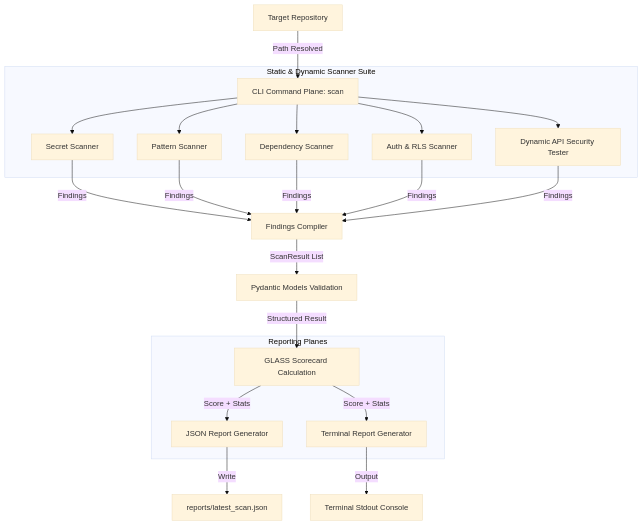
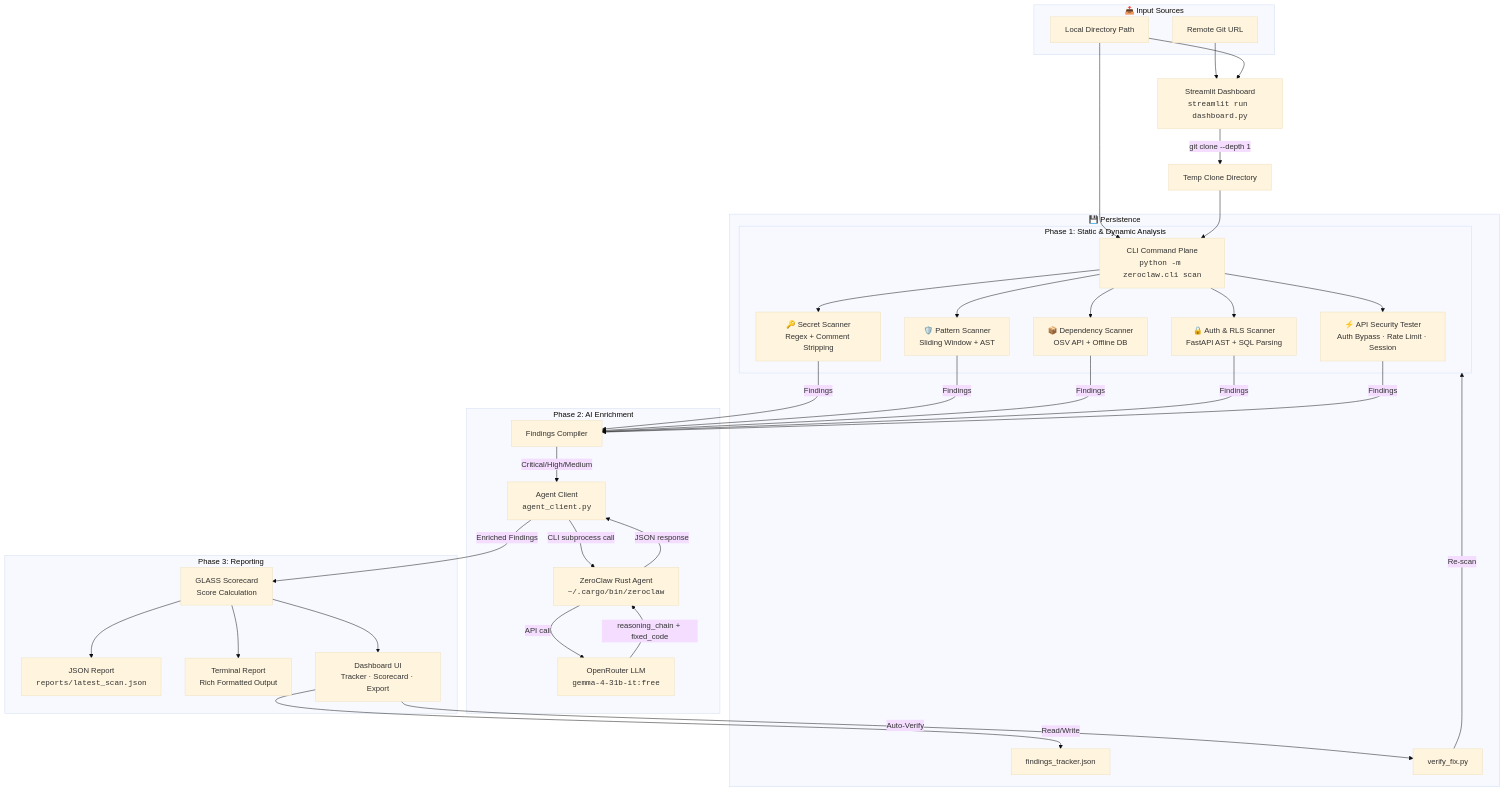
Before and after one commit to Life-Atlas/zeroclaw-scanner: the first of 2 diagrams in README.md, drawn with Mermaid (base theme). The commit also changed other lines of this file, not shown here.

````diff
--- a/README.md
+++ b/README.md
@@ -41,29 +66,48 @@
 ```mermaid
 graph TD
-    Target[Target Repository] -->|Path Resolved| CLI[CLI Command Plane: scan]
-    
-    subgraph Scanners [Static & Dynamic Scanner Suite]
-        CLI --> SecretScan[Secret Scanner]
-        CLI --> PatternScan[Pattern Scanner]
-        CLI --> DepScan[Dependency Scanner]
-        CLI --> AuthScan[Auth & RLS Scanner]
-        CLI --> APITest[Dynamic API Security Tester]
+    subgraph Input["📥 Input Sources"]
+        LocalDir["Local Directory Path"]
+        GitURL["Remote Git URL"]
     end
 
-    SecretScan -->|Findings| Compiler[Findings Compiler]
+    LocalDir --> CLI["CLI Command Plane<br/><code>python -m zeroclaw.cli scan</code>"]
+    GitURL --> Dashboard["Streamlit Dashboard<br/><code>streamlit run dashboard.py</code>"]
+    LocalDir --> Dashboard
+    Dashboard -->|"git clone --depth 1"| TempDir["Temp Clone Directory"]
+    TempDir --> CLI
+
+    subgraph Phase1["Phase 1: Static & Dynamic Analysis"]
+        CLI --> SecretScan["🔑 Secret Scanner<br/>Regex + Comment Stripping"]
+        CLI --> PatternScan["🛡️ Pattern Scanner<br/>Sliding Window + AST"]
+        CLI --> DepScan["📦 Dependency Scanner<br/>OSV API + Offline DB"]
+        CLI --> AuthScan["🔒 Auth & RLS Scanner<br/>FastAPI AST + SQL Parsing"]
+        CLI --> APISec["⚡ API Security Tester<br/>Auth Bypass · Rate Limit · Session"]
+    end
+
+    SecretScan -->|Findings| Compiler["Findings Compiler"]
     PatternScan -->|Findings| Compiler
     DepScan -->|Findings| Compiler
     AuthScan -->|Findings| Compiler
-    APITest -->|Findings| Compiler
+    APISec -->|Findings| Compiler
 
-    Compiler -->|ScanResult List| Model[Pydantic Models Validation]
-    Model -->|Structured Result| Scorecard[GLASS Scorecard Calculation]
-    
-    subgraph Outputs [Reporting Planes]
-        Scorecard -->|Score + Stats| JSONGen[JSON Report Generator]
-        Scorecard -->|Score + Stats| TermGen[Terminal Report Generator]
+    subgraph Phase2["Phase 2: AI Enrichment"]
+        Compiler -->|"Critical/High/Medium"| AgentClient["Agent Client<br/><code>agent_client.py</code>"]
+        AgentClient -->|"CLI subprocess call"| RustBin["ZeroClaw Rust Agent<br/><code>~/.cargo/bin/zeroclaw</code>"]
+        RustBin -->|"API call"| LLM["OpenRouter LLM<br/><code>gemma-4-31b-it:free</code>"]
+        LLM -->|"reasoning_chain + fixed_code"| RustBin
+        RustBin -->|"JSON response"| AgentClient
     end
 
-    JSONGen -->|Write| FileJSON[reports/latest_scan.json]
-    TermGen -->|Output| Stdout[Terminal Stdout Console]
+    subgraph Phase3["Phase 3: Reporting"]
+        AgentClient -->|Enriched Findings| Scorecard["GLASS Scorecard<br/>Score Calculation"]
+        Scorecard --> JSONReport["JSON Report<br/><code>reports/latest_scan.json</code>"]
+        Scorecard --> TermReport["Terminal Report<br/>Rich Formatted Output"]
+        Scorecard --> DashboardUI["Dashboard UI<br/>Tracker · Scorecard · Export"]
+    end
+
+    subgraph Persistence["💾 Persistence"]
+        DashboardUI -->|Read/Write| Tracker["findings_tracker.json"]
+        DashboardUI -->|Auto-Verify| VerifyScript["verify_fix.py"]
+        VerifyScript -->|Re-scan| Phase1
+    end
 ```
````
